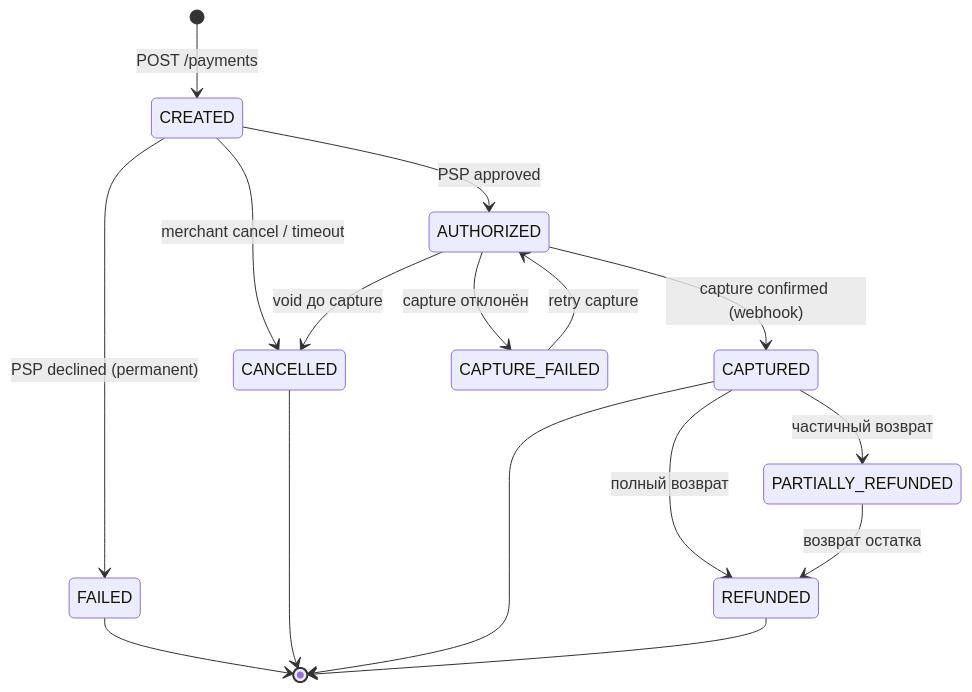
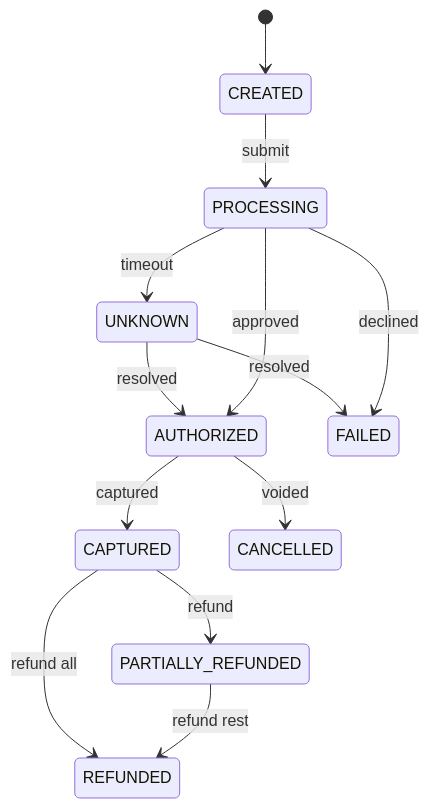
One commit to AlohaJava/system-design-interview-chamkin changed the fourth of 6 diagrams in 02-case-studies/payment-system.md. Above: the diagram before and after it, drawn with Mermaid. The commit also changed other lines of this file and 49 other files, not shown here.

````diff
--- a/02-case-studies/payment-system.md
+++ b/02-case-studies/payment-system.md
@@ -305,18 +238,15 @@
 ```mermaid
 stateDiagram-v2
-    [*] --> CREATED: POST /payments
-    CREATED --> AUTHORIZED: PSP approved
-    CREATED --> FAILED: PSP declined (permanent)
-    CREATED --> CANCELLED: merchant cancel / timeout
-    AUTHORIZED --> CAPTURED: capture confirmed (webhook)
-    AUTHORIZED --> CANCELLED: void до capture
-    AUTHORIZED --> CAPTURE_FAILED: capture отклонён
-    CAPTURE_FAILED --> AUTHORIZED: retry capture
-    CAPTURED --> PARTIALLY_REFUNDED: частичный возврат
-    CAPTURED --> REFUNDED: полный возврат
-    PARTIALLY_REFUNDED --> REFUNDED: возврат остатка
-    FAILED --> [*]
-    CANCELLED --> [*]
-    CAPTURED --> [*]
-    REFUNDED --> [*]
+    [*] --> CREATED
+    CREATED --> PROCESSING: submit
+    PROCESSING --> UNKNOWN: timeout
+    UNKNOWN --> AUTHORIZED: resolved
+    UNKNOWN --> FAILED: resolved
+    PROCESSING --> AUTHORIZED: approved
+    PROCESSING --> FAILED: declined
+    AUTHORIZED --> CAPTURED: captured
+    AUTHORIZED --> CANCELLED: voided
+    CAPTURED --> PARTIALLY_REFUNDED: refund
+    CAPTURED --> REFUNDED: refund all
+    PARTIALLY_REFUNDED --> REFUNDED: refund rest
 ```
````
